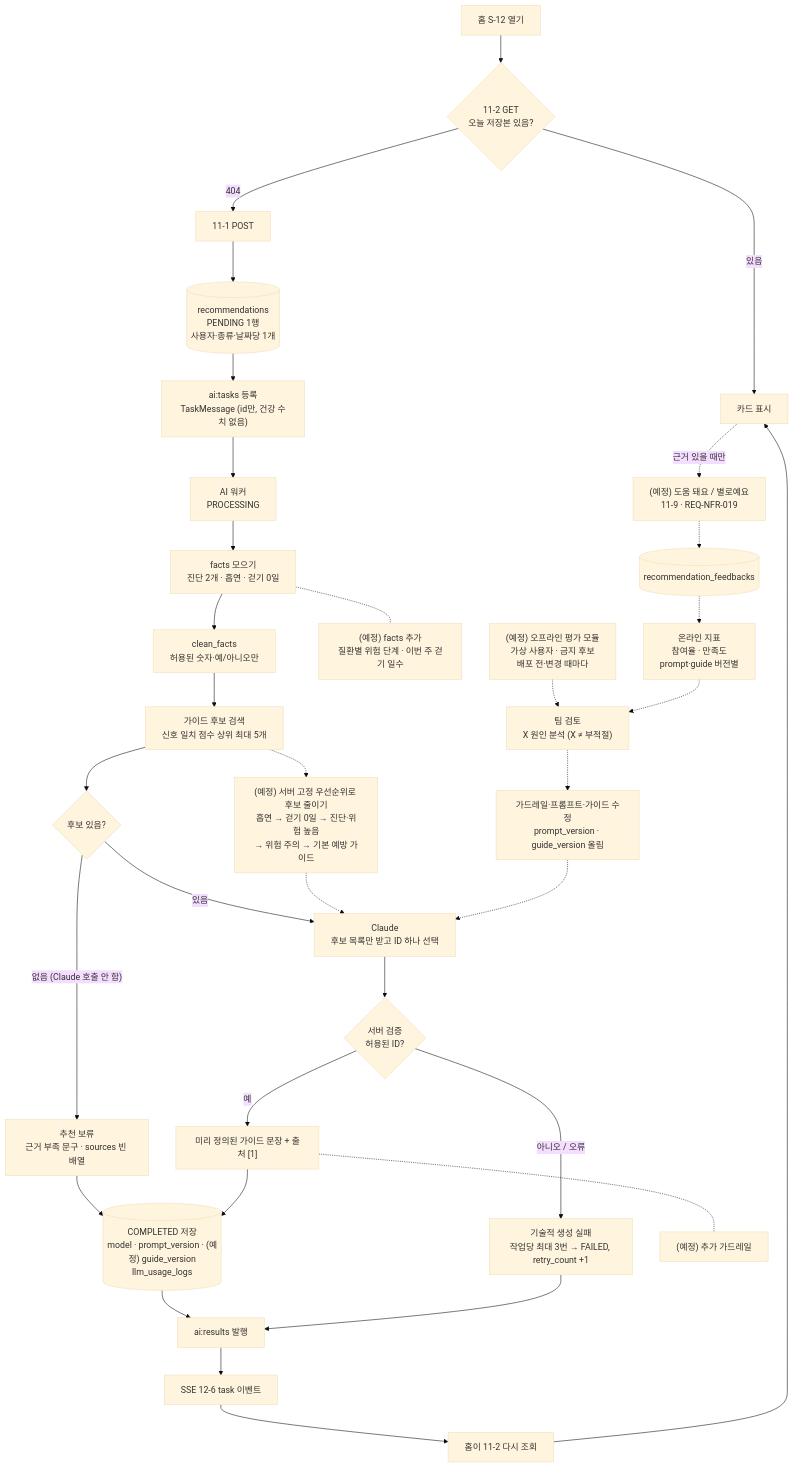
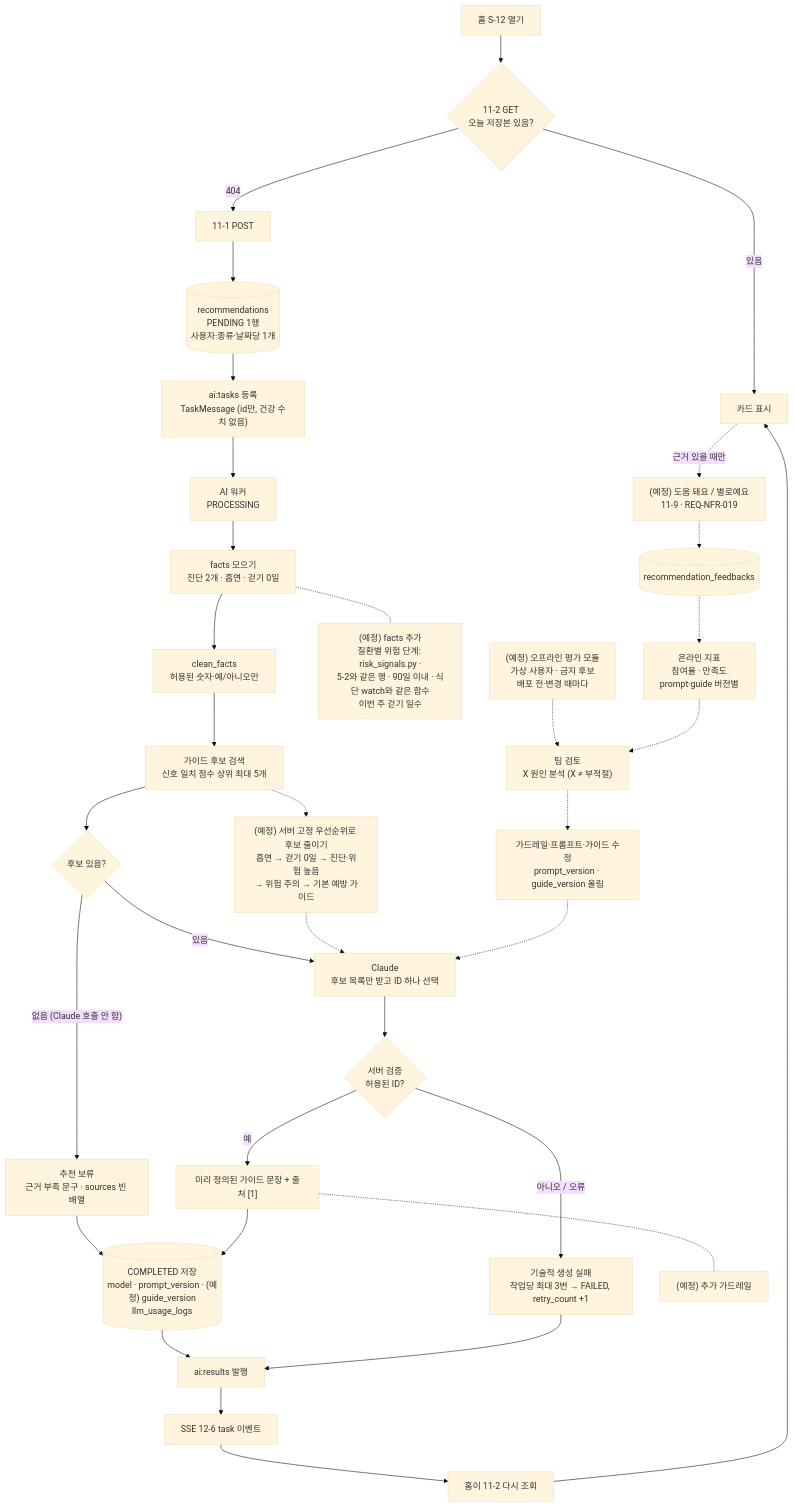
Before and after one commit to AI-HealthCare-07/pair2care: the first of 3 diagrams in docs/llm-pipeline.md, drawn with Mermaid (base theme). The commit also changed other lines of this file, not shown here.

Commit message:
docs: llm-pipeline 현지 의견 반영 (S-22, #142 경계, risk_signals 공유, 식단 챗봇 의도별 분기·숫자 일치 검사)

````diff
--- a/docs/llm-pipeline.md
+++ b/docs/llm-pipeline.md
@@ -16,36 +16,36 @@
 ```mermaid
 flowchart TD
     A["홈 S-12 열기"] --> B{"11-2 GET<br/>오늘 저장본 있음?"}
     B -- 있음 --> Z["카드 표시"]
     B -- "404" --> C["11-1 POST"]
     C --> D[("recommendations<br/>PENDING 1행<br/>사용자·종류·날짜당 1개")]
     D --> E["ai:tasks 등록<br/>TaskMessage (id만, 건강 수치 없음)"]
     E --> F["AI 워커<br/>PROCESSING"]
     F --> G["facts 모으기<br/>진단 2개 · 흡연 · 걷기 0일"]
     G --> H["clean_facts<br/>허용된 숫자·예/아니오만"]
     H --> I["가이드 후보 검색<br/>신호 일치 점수 상위 최대 5개"]
     I --> J{"후보 있음?"}
     J -- "없음 (Claude 호출 안 함)" --> K["추천 보류<br/>근거 부족 문구 · sources 빈 배열"]
     J -- 있음 --> L["Claude<br/>후보 목록만 받고 ID 하나 선택"]
     L --> M{"서버 검증<br/>허용된 ID?"}
     M -- "아니오 / 오류" --> N["기술적 생성 실패<br/>작업당 최대 3번 → FAILED, retry_count +1"]
     M -- 예 --> O["미리 정의된 가이드 문장 + 출처 [1]"]
     K --> P[("COMPLETED 저장<br/>model · prompt_version · (예정) guide_version<br/>llm_usage_logs")]
     O --> P
     P --> Q["ai:results 발행"]
     N --> Q
     Q --> R["SSE 12-6 task 이벤트"]
     R --> S["홈이 11-2 다시 조회"]
     S --> Z
-    G -.- FX["(예정) facts 추가<br/>질환별 위험 단계 · 이번 주 걷기 일수"]
+    G -.- FX["(예정) facts 추가<br/>질환별 위험 단계: risk_signals.py ·<br/>5-2와 같은 행 · 90일 이내 · 식단 watch와 같은 함수<br/>이번 주 걷기 일수"]
     I -.-> PR["(예정) 서버 고정 우선순위로 후보 줄이기<br/>흡연 → 걷기 0일 → 진단·위험 높음<br/>→ 위험 주의 → 기본 예방 가이드"]
     PR -.-> L
     O -.- GD["(예정) 추가 가드레일"]
     Z -.->|"근거 있을 때만"| T["(예정) 도움 돼요 / 별로예요<br/>11-9 · REQ-NFR-019"]
     T -.-> U[("recommendation_feedbacks")]
     U -.-> V["온라인 지표<br/>참여율 · 만족도<br/>prompt·guide 버전별"]
     OF["(예정) 오프라인 평가 모듈<br/>가상 사용자 · 금지 후보<br/>배포 전·변경 때마다"] -.-> TR
     V -.-> TR["팀 검토<br/>X 원인 분석 (X ≠ 부적절)"]
     TR -.-> GR["가드레일·프롬프트·가이드 수정<br/>prompt_version · guide_version 올림"]
     GR -.-> L
 ```
````
